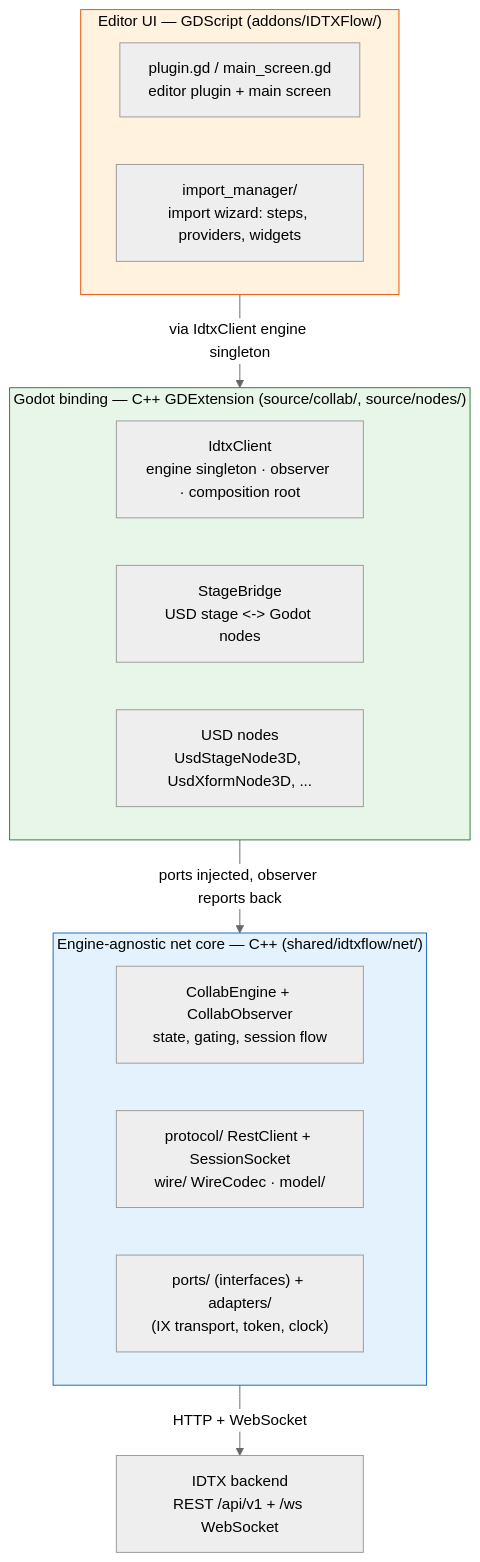
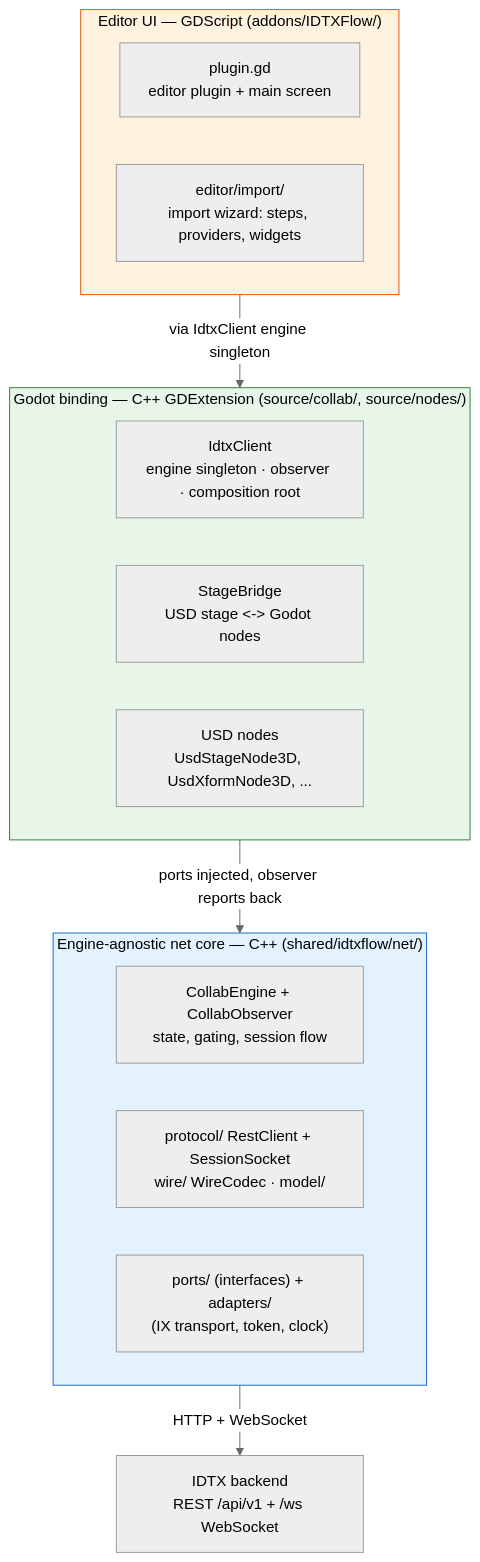
Before and after one commit to Immersive-Data-Center-Management/idtx-flow: the first of 3 diagrams in docs/collab-client/overview.md, drawn with Mermaid (neutral theme). The commit also changed other lines of this file and 54 other files, not shown here.

````diff
--- a/docs/collab-client/overview.md
+++ b/docs/collab-client/overview.md
@@ -32,29 +32,29 @@
 ```mermaid
 graph TB
     subgraph UI["Editor UI — GDScript (addons/IDTXFlow/)"]
-        PLUGIN["plugin.gd / main_screen.gd<br/>editor plugin + main screen"]
-        WIZ["import_manager/<br/>import wizard: steps, providers, widgets"]
+        PLUGIN["plugin.gd<br/>editor plugin + main screen"]
+        WIZ["editor/import/<br/>import wizard: steps, providers, widgets"]
     end
 
     subgraph BIND["Godot binding — C++ GDExtension (source/collab/, source/nodes/)"]
         CLIENT["IdtxClient<br/>engine singleton · observer · composition root"]
         BRIDGE["StageBridge<br/>USD stage &lt;-&gt; Godot nodes"]
         NODES["USD nodes<br/>UsdStageNode3D, UsdXformNode3D, ..."]
     end
 
     subgraph CORE["Engine-agnostic net core — C++ (shared/idtxflow/net/)"]
         ENGINE["CollabEngine + CollabObserver<br/>state, gating, session flow"]
         PROTO["protocol/ RestClient + SessionSocket<br/>wire/ WireCodec · model/"]
         PORTS["ports/ (interfaces) + adapters/<br/>(IX transport, token, clock)"]
     end
 
     BACKEND["IDTX backend<br/>REST /api/v1 + /ws WebSocket"]
 
     UI -->|via IdtxClient engine singleton| BIND
     BIND -->|ports injected, observer reports back| CORE
     CORE -->|HTTP + WebSocket| BACKEND
 
     style CORE fill:#e3f2fd,stroke:#1565c0,color:#000
     style BIND fill:#e8f5e9,stroke:#2e7d32,color:#000
     style UI fill:#fff3e0,stroke:#e65100,color:#000
 ```
````
